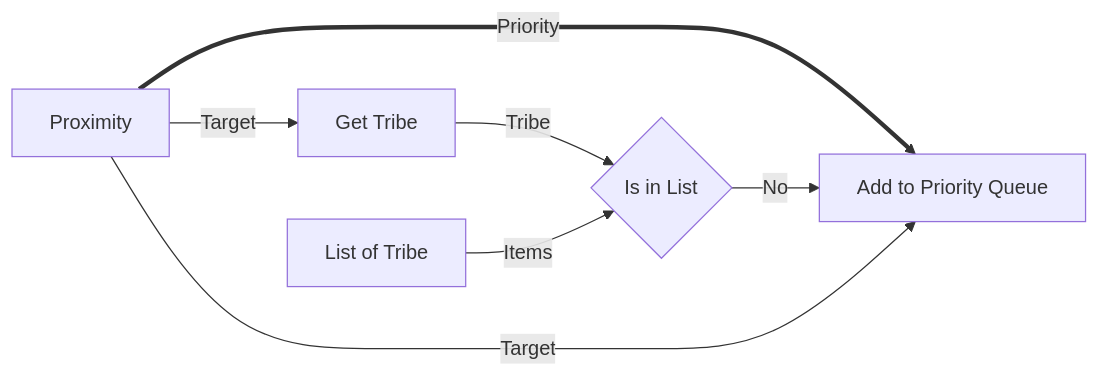
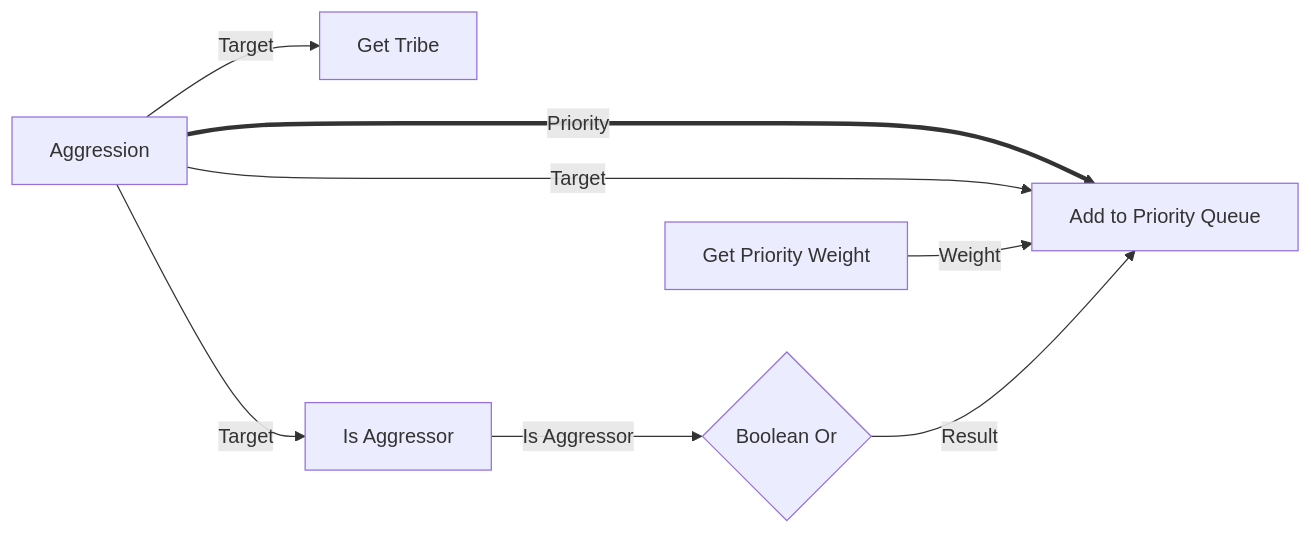
Before and after one commit to Scetrov/frontier-flow: the second of 4 diagrams in docs/HLD.md, drawn with Mermaid. The commit also changed other lines of this file and 73 other files, not shown here.

````diff
--- a/docs/HLD.md
+++ b/docs/HLD.md
@@ -210,15 +210,17 @@
 ```mermaid
 flowchart LR
-    PROX["Proximity"]
+    AGG["Aggression"]
     GETTRIBE["Get Tribe"]
-    LISTTRIBE["List of Tribe"]
-    ISINLIST{"Is in List"}
+    ISAGG["Is Aggressor"]
+    BOOLOR{"Boolean Or"}
+    GETWEIGHT["Get Priority Weight"]
     ADDQUEUE["Add to Priority Queue"]
 
-    PROX -->|Target| GETTRIBE
-    PROX ==>|Priority| ADDQUEUE
-    GETTRIBE -->|Tribe| ISINLIST
-    LISTTRIBE -->|Items| ISINLIST
-    ISINLIST -->|No| ADDQUEUE
-    PROX -->|Target| ADDQUEUE
+    AGG -->|Target| GETTRIBE
+    AGG -->|Target| ISAGG
+    ISAGG -->|Is Aggressor| BOOLOR
+    AGG ==>|Priority| ADDQUEUE
+    AGG -->|Target| ADDQUEUE
+    GETWEIGHT -->|Weight| ADDQUEUE
+    BOOLOR -->|Result| ADDQUEUE
 ```
````
